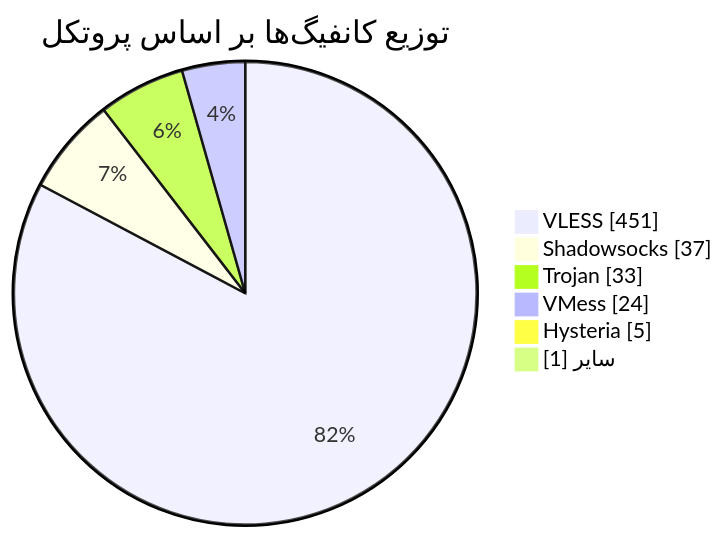
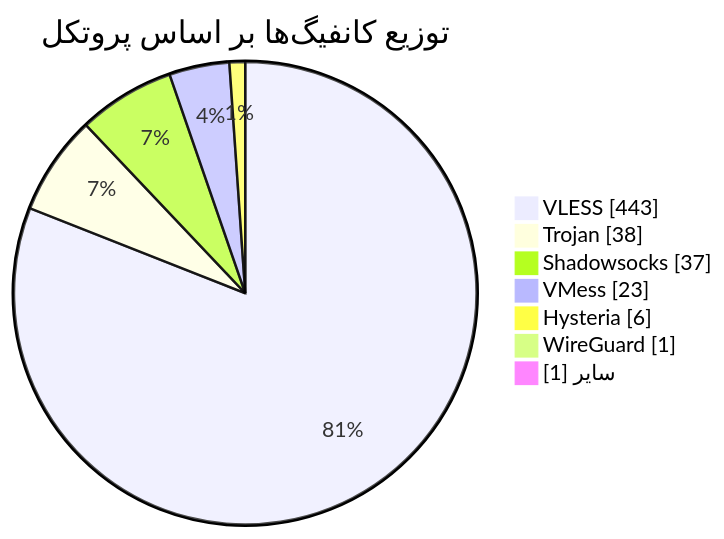
One commit to Arian-Alijani/Somthing changed the diagram in README.md. Above: the diagram before and after it, drawn with Mermaid. The commit also changed other lines of this file and 71 other files, not shown here.

````diff
--- a/README.md
+++ b/README.md
@@ -48,10 +49,11 @@
 ```mermaid
 pie showData
     title توزیع کانفیگ‌ها بر اساس پروتکل
-    "VLESS" : 451
+    "VLESS" : 443
+    "Trojan" : 38
     "Shadowsocks" : 37
-    "Trojan" : 33
-    "VMess" : 24
-    "Hysteria" : 5
+    "VMess" : 23
+    "Hysteria" : 6
+    "WireGuard" : 1
     "سایر" : 1
 ```
````
